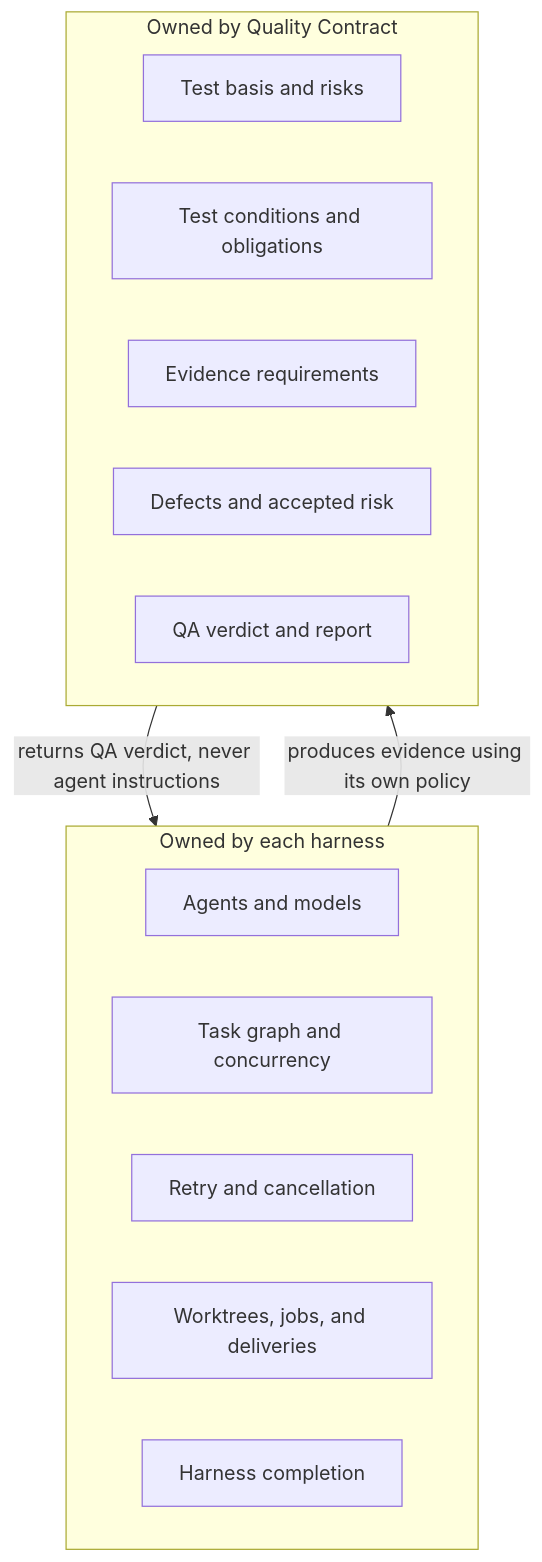
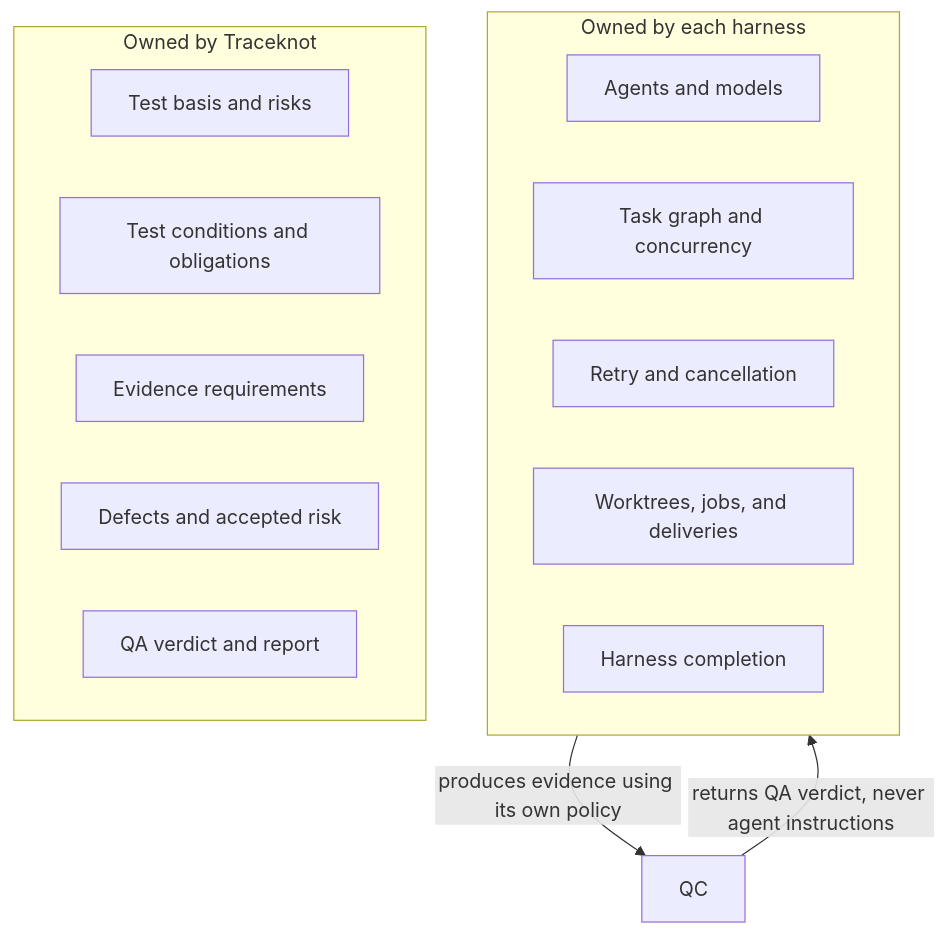
The second of 3 diagrams in README.md (Jin-Doh/traceknot), drawn with Mermaid before and after one commit. The commit also changed other lines of this file and 12 other files, not shown here.

````diff
--- a/README.md
+++ b/README.md
@@ -67,21 +67,21 @@
 ```mermaid
 flowchart TB
     subgraph Harness[Owned by each harness]
       HA[Agents and models]
       HT[Task graph and concurrency]
       HR[Retry and cancellation]
       HW[Worktrees, jobs, and deliveries]
       HC[Harness completion]
     end
 
-    subgraph QC[Owned by Quality Contract]
+    subgraph TK[Owned by Traceknot]
       QB[Test basis and risks]
       QP[Test conditions and obligations]
       QE[Evidence requirements]
       QD[Defects and accepted risk]
       QV[QA verdict and report]
     end
 
     Harness -->|produces evidence using its own policy| QC
     QC -->|returns QA verdict, never agent instructions| Harness
 ```
````
